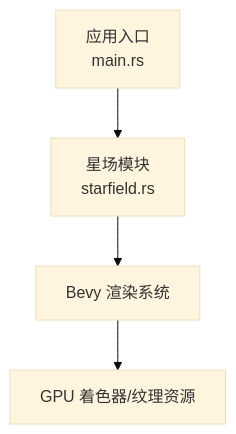
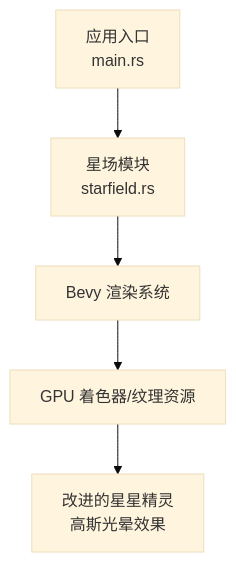
One commit to rzhangjing/cesium changed the first of 5 diagrams in .qoder/repowiki/zh/content/项目概述/核心特性/3D渲染引擎/特效与后处理系统/星场渲染器.md. Above: the diagram before and after it, drawn with Mermaid (base theme). The commit also changed other lines of this file and 24 other files, not shown here.

````diff
--- a/.qoder/repowiki/zh/content/项目概述/核心特性/3D渲染引擎/特效与后处理系统/星场渲染器.md
+++ b/.qoder/repowiki/zh/content/项目概述/核心特性/3D渲染引擎/特效与后处理系统/星场渲染器.md
@@ -31,6 +38,7 @@
 ```mermaid
 graph TB
 A["应用入口<br/>main.rs"] --> B["星场模块<br/>starfield.rs"]
 B --> C["Bevy 渲染系统"]
 C --> D["GPU 着色器/纹理资源"]
+D --> E["改进的星星精灵<br/>高斯光晕效果"]
 ```
````
